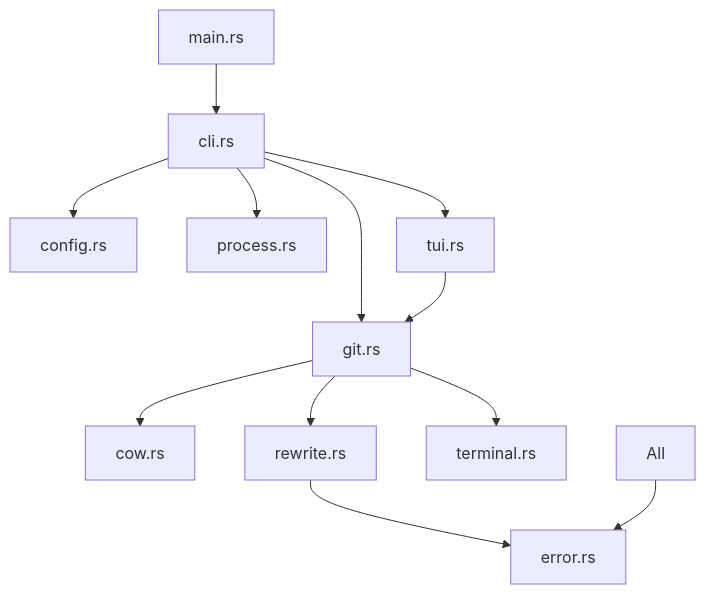
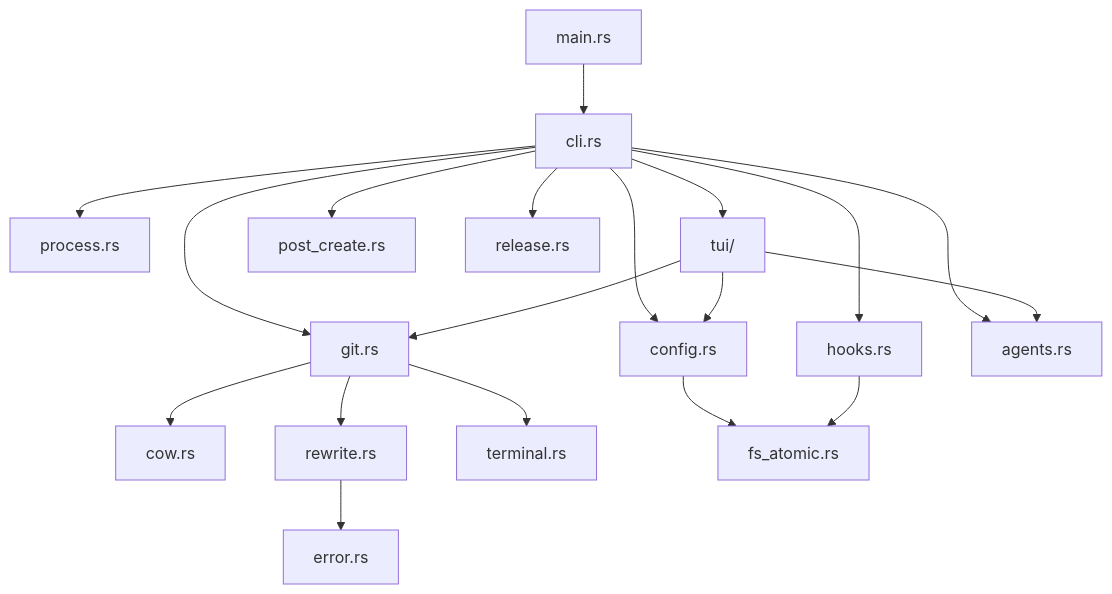
Before and after one commit to denysbutenko/git-warp: the diagram in docs/technical-overview.md, drawn with Mermaid. The commit also changed other lines of this file, not shown here.

````diff
--- a/docs/technical-overview.md
+++ b/docs/technical-overview.md
@@ -124,14 +148,21 @@
 ```mermaid
 graph TD
     A[main.rs] --> B[cli.rs]
     B --> C[git.rs]
     B --> D[config.rs]
     B --> E[process.rs]
-    B --> F[tui.rs]
+    B --> F[tui/]
+    B --> K[hooks.rs]
+    B --> L[agents.rs]
+    B --> M[post_create.rs]
+    B --> N[release.rs]
     C --> G[cow.rs]
     C --> H[rewrite.rs]
     C --> I[terminal.rs]
+    D --> O[fs_atomic.rs]
+    K --> O
     F --> C
+    F --> L
+    F --> D
     H --> J[error.rs]
-    All --> J
 ```
````
